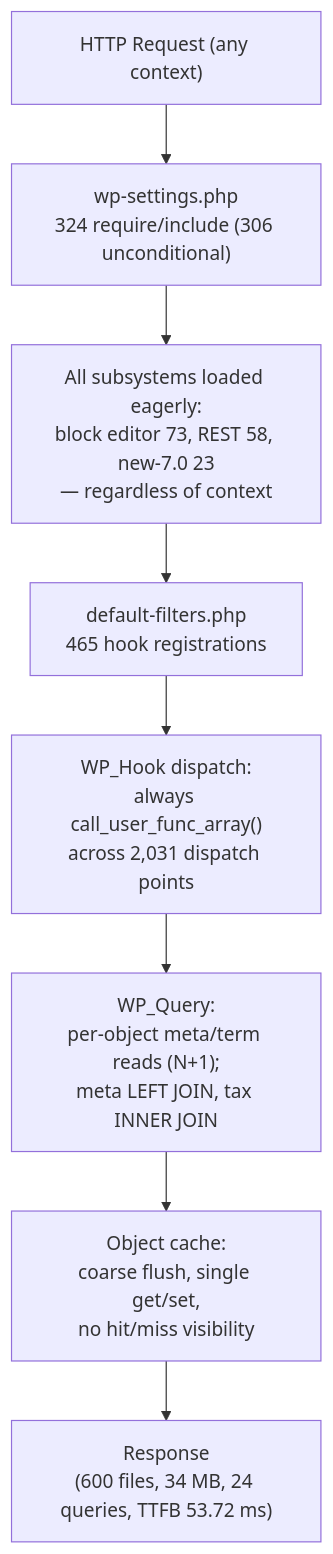
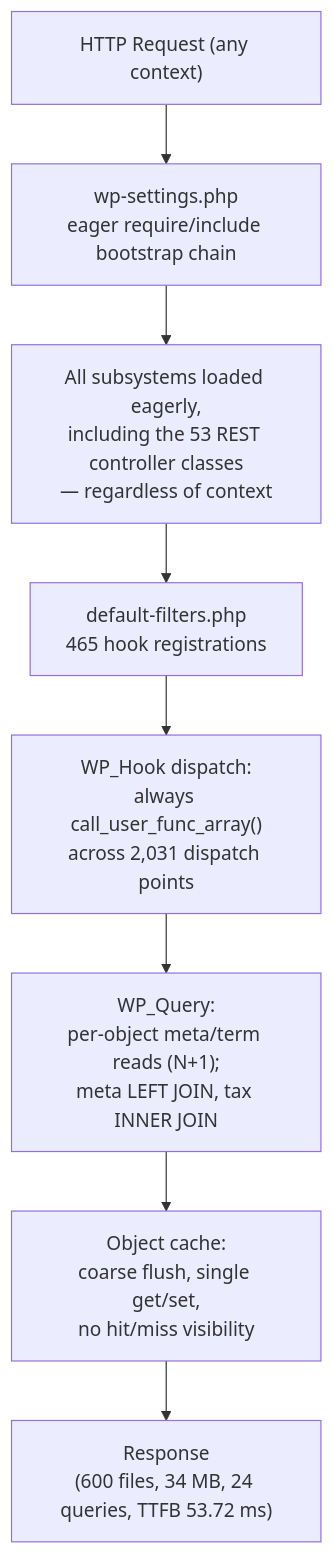
The first of 3 diagrams in benchmarks/results/decision-log-and-traceability.md (Blitzy-Sandbox/blitzy-wordpress), drawn with Mermaid before and after one commit. The commit also changed other lines of this file and 10 other files, not shown here.

````diff
--- a/benchmarks/results/decision-log-and-traceability.md
+++ b/benchmarks/results/decision-log-and-traceability.md
@@ -206,13 +208,13 @@
 ```mermaid
 graph TD
     %% Diagram: Runtime Architecture — Before (eager, always-on runtime)
     %% Legend: rectangles = runtime stages executed in full for EVERY request context;
     %% this entire path runs even when the context does not need the loaded subsystems.
-    A["HTTP Request (any context)"] --> B["wp-settings.php<br/>324 require/include (306 unconditional)"]
-    B --> C["All subsystems loaded eagerly:<br/>block editor 73, REST 58, new-7.0 23<br/>— regardless of context"]
+    A["HTTP Request (any context)"] --> B["wp-settings.php<br/>eager require/include bootstrap chain"]
+    B --> C["All subsystems loaded eagerly,<br/>including the 53 REST controller classes<br/>— regardless of context"]
     C --> D["default-filters.php<br/>465 hook registrations"]
     D --> E["WP_Hook dispatch:<br/>always call_user_func_array()<br/>across 2,031 dispatch points"]
     E --> F["WP_Query:<br/>per-object meta/term reads (N+1);<br/>meta LEFT JOIN, tax INNER JOIN"]
     F --> G["Object cache:<br/>coarse flush, single get/set,<br/>no hit/miss visibility"]
     G --> H["Response<br/>(600 files, 34 MB, 24 queries, TTFB 53.72 ms)"]
 ```
````
